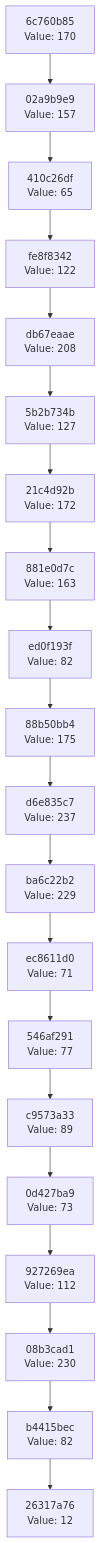
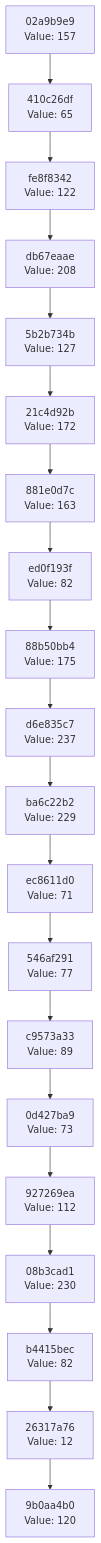
One commit to Abhisheksinha1506/hash-chain-evolver changed the diagram in docs/CHAIN_VISUALIZATION.md. Above: the diagram before and after it, drawn with Mermaid. The commit also changed 3 other files, not shown here.

````diff
--- a/docs/CHAIN_VISUALIZATION.md
+++ b/docs/CHAIN_VISUALIZATION.md
@@ -3,42 +3,42 @@
 ```mermaid
 graph TD
-    C0["26317a76<br/>Value: 12"]
-    C1["b4415bec<br/>Value: 82"]
+    C0["9b0aa4b0<br/>Value: 120"]
+    C1["26317a76<br/>Value: 12"]
     C1 --> C0
-    C2["08b3cad1<br/>Value: 230"]
+    C2["b4415bec<br/>Value: 82"]
     C2 --> C1
-    C3["927269ea<br/>Value: 112"]
+    C3["08b3cad1<br/>Value: 230"]
     C3 --> C2
-    C4["0d427ba9<br/>Value: 73"]
+    C4["927269ea<br/>Value: 112"]
     C4 --> C3
-    C5["c9573a33<br/>Value: 89"]
+    C5["0d427ba9<br/>Value: 73"]
     C5 --> C4
-    C6["546af291<br/>Value: 77"]
+    C6["c9573a33<br/>Value: 89"]
     C6 --> C5
-    C7["ec8611d0<br/>Value: 71"]
+    C7["546af291<br/>Value: 77"]
     C7 --> C6
-    C8["ba6c22b2<br/>Value: 229"]
+    C8["ec8611d0<br/>Value: 71"]
     C8 --> C7
-    C9["d6e835c7<br/>Value: 237"]
+    C9["ba6c22b2<br/>Value: 229"]
     C9 --> C8
-    C10["88b50bb4<br/>Value: 175"]
+    C10["d6e835c7<br/>Value: 237"]
     C10 --> C9
-    C11["ed0f193f<br/>Value: 82"]
+    C11["88b50bb4<br/>Value: 175"]
     C11 --> C10
-    C12["881e0d7c<br/>Value: 163"]
+    C12["ed0f193f<br/>Value: 82"]
     C12 --> C11
-    C13["21c4d92b<br/>Value: 172"]
+    C13["881e0d7c<br/>Value: 163"]
     C13 --> C12
-    C14["5b2b734b<br/>Value: 127"]
+    C14["21c4d92b<br/>Value: 172"]
     C14 --> C13
-    C15["db67eaae<br/>Value: 208"]
+    C15["5b2b734b<br/>Value: 127"]
     C15 --> C14
-    C16["fe8f8342<br/>Value: 122"]
+    C16["db67eaae<br/>Value: 208"]
     C16 --> C15
-    C17["410c26df<br/>Value: 65"]
+    C17["fe8f8342<br/>Value: 122"]
     C17 --> C16
-    C18["02a9b9e9<br/>Value: 157"]
+    C18["410c26df<br/>Value: 65"]
     C18 --> C17
-    C19["6c760b85<br/>Value: 170"]
+    C19["02a9b9e9<br/>Value: 157"]
     C19 --> C18
 ```
````
